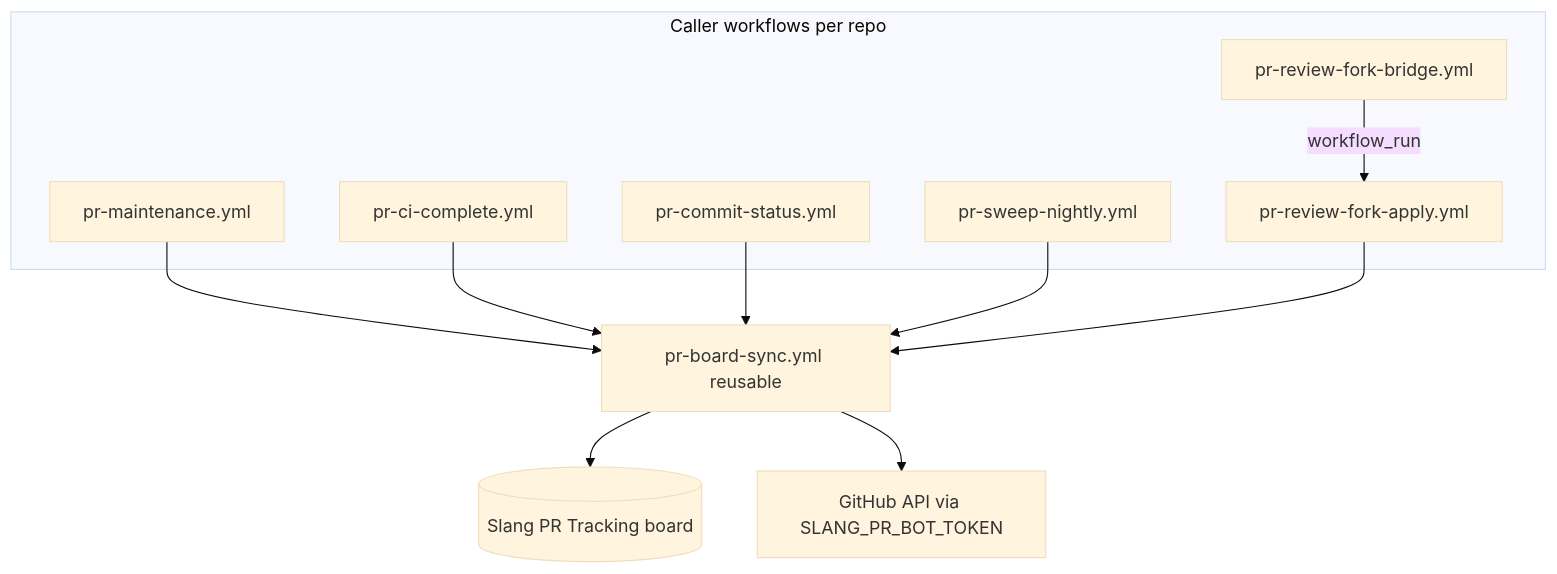
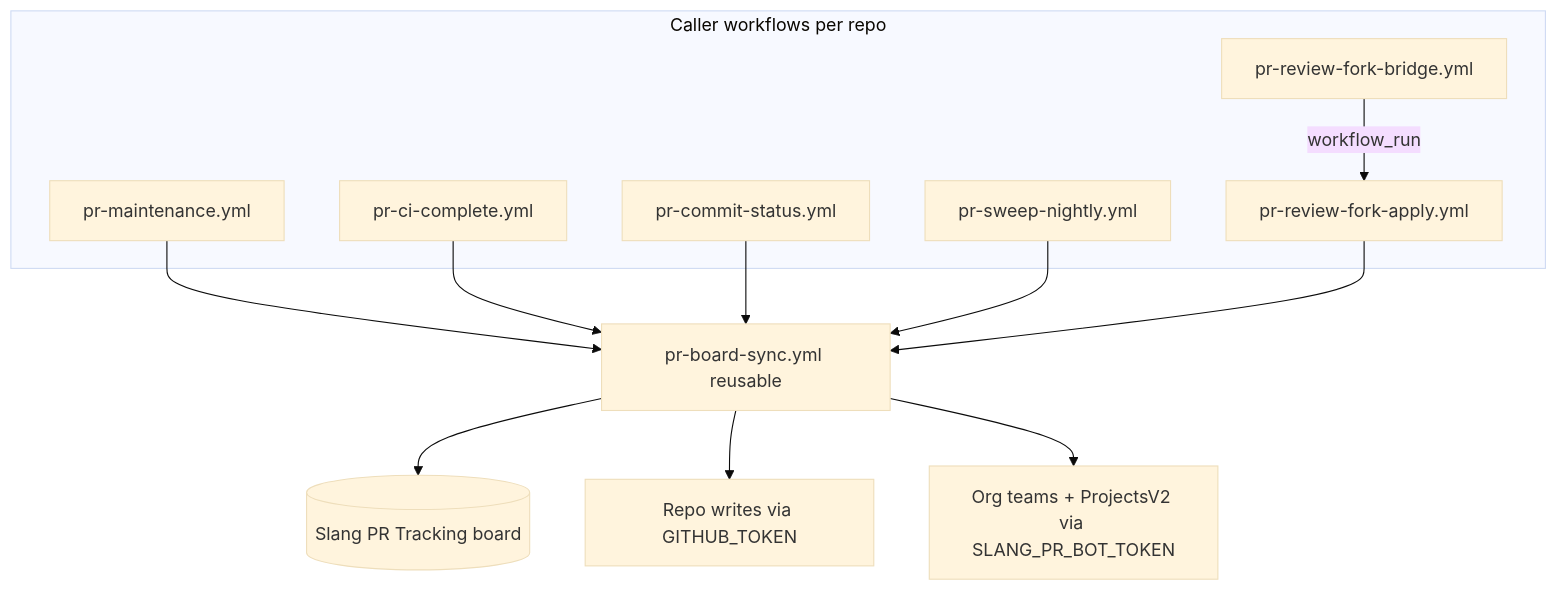
Before and after one commit to shader-slang/slang: the diagram in .github/workflows/pr-board-sync.md, drawn with Mermaid (base theme). The commit also changed other lines of this file and 14 other files, not shown here.

First line of the commit message:
Post PR board repo writes as github-actions[bot]

````diff
--- a/.github/workflows/pr-board-sync.md
+++ b/.github/workflows/pr-board-sync.md
@@ -39,23 +45,24 @@
 ```mermaid
 flowchart TB
   subgraph callers [Caller workflows per repo]
     maint[pr-maintenance.yml]
     ci[pr-ci-complete.yml]
     status[pr-commit-status.yml]
     sweep[pr-sweep-nightly.yml]
     forkBridge[pr-review-fork-bridge.yml]
     forkApply[pr-review-fork-apply.yml]
   end
 
   engine[pr-board-sync.yml reusable]
 
   maint --> engine
   ci --> engine
   status --> engine
   sweep --> engine
   forkApply --> engine
   forkBridge -->|workflow_run| forkApply
 
   engine --> board[(Slang PR Tracking board)]
-  engine --> gh[GitHub API via SLANG_PR_BOT_TOKEN]
+  engine --> repo[Repo writes via GITHUB_TOKEN]
+  engine --> org[Org teams + ProjectsV2 via SLANG_PR_BOT_TOKEN]
 ```
````
